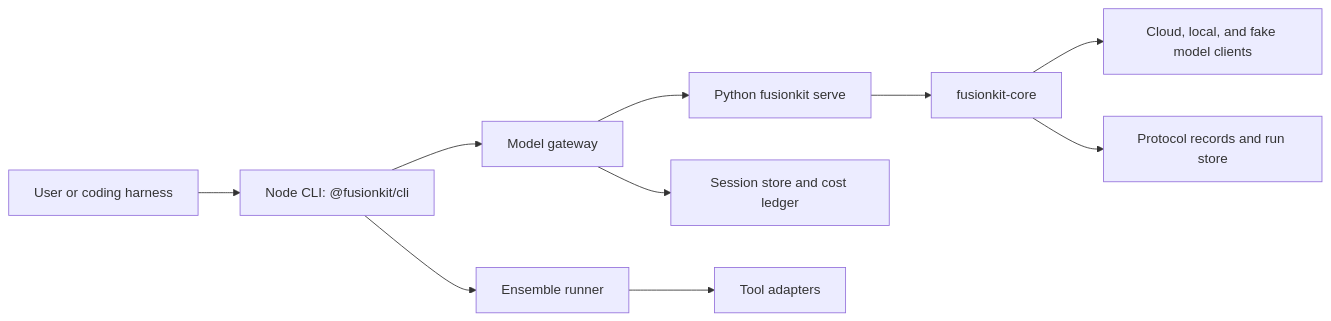
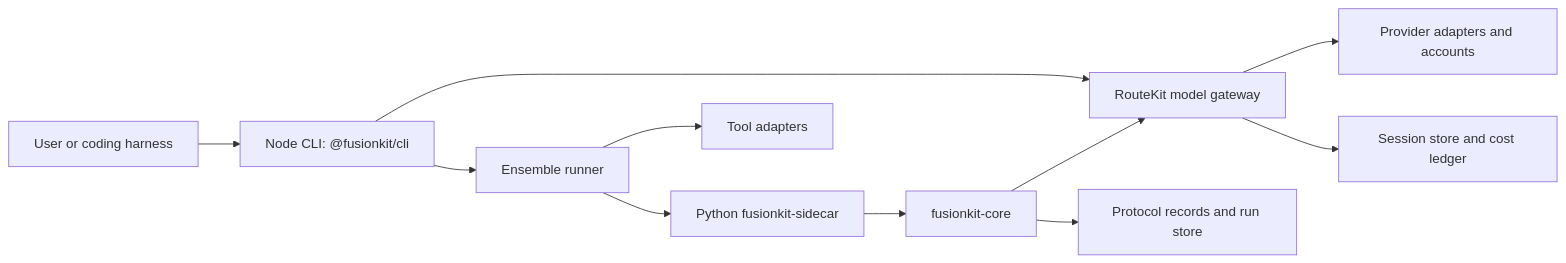
The first of 2 diagrams in docs/repository-reference.md (velum-labs/handoffkit), drawn with Mermaid before and after one commit. The commit also changed other lines of this file and 147 other files, not shown here.

Commit message:
refactor: reduce Python to FusionKit sidecar

````diff
--- a/docs/repository-reference.md
+++ b/docs/repository-reference.md
@@ -13,12 +13,13 @@
 ```mermaid
 flowchart LR
   User[User or coding harness] --> CLI[Node CLI: @fusionkit/cli]
-  CLI --> Gateway[Model gateway]
+  CLI --> Gateway[RouteKit model gateway]
   CLI --> Ensemble[Ensemble runner]
-  Gateway --> PythonServer[Python fusionkit serve]
+  Gateway --> Providers[Provider adapters and accounts]
+  Ensemble --> PythonServer[Python fusionkit-sidecar]
   Ensemble --> Tools[Tool adapters]
   PythonServer --> Core[fusionkit-core]
-  Core --> Providers[Cloud, local, and fake model clients]
+  Core --> Gateway
   Core --> Records[Protocol records and run store]
   Gateway --> Sessions[Session store and cost ledger]
 ```
````
